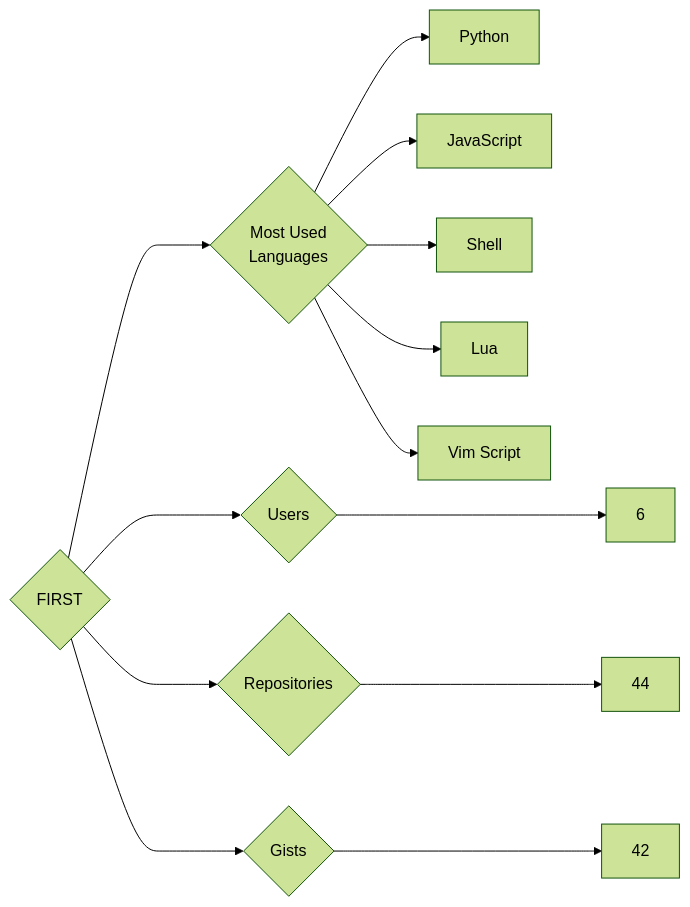
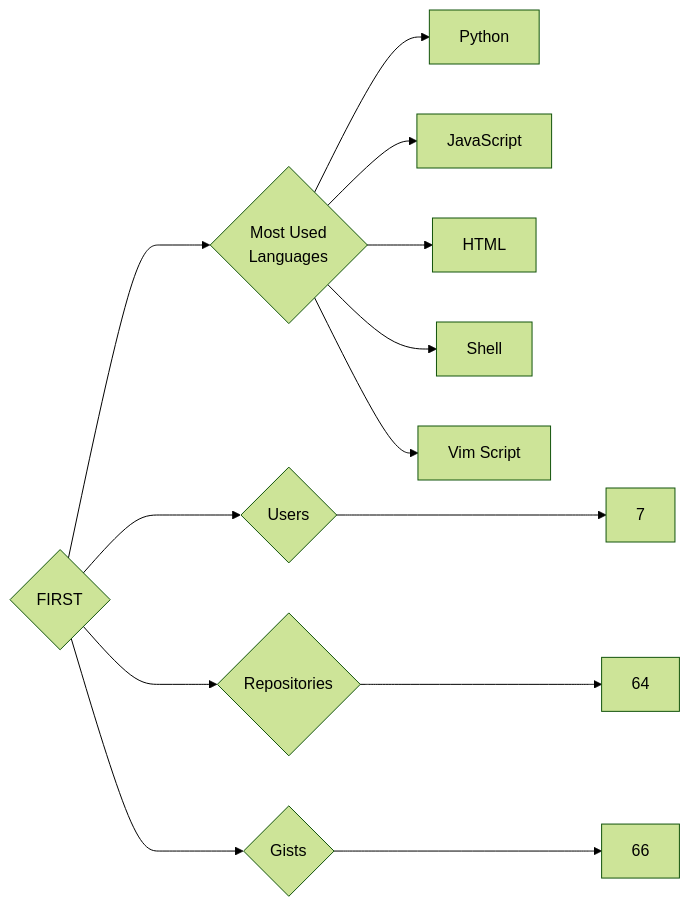
Before and after one commit to trickest/insiders: the diagram in targets/FIRST/README.md, drawn with Mermaid (forest theme). The commit also changed 1120 other files, not shown here.

````diff
--- a/targets/FIRST/README.md
+++ b/targets/FIRST/README.md
@@ -3,13 +3,13 @@
 ```mermaid
 graph LR
 COMPANY_NAME{FIRST}
-COMPANY_NAME ---> U{Users} ---> UN[6]
-COMPANY_NAME ---> R{Repositories} ---> RN[44]
-COMPANY_NAME ---> G{Gists} ---> GN[42]
+COMPANY_NAME ---> U{Users} ---> UN[7]
+COMPANY_NAME ---> R{Repositories} ---> RN[64]
+COMPANY_NAME ---> G{Gists} ---> GN[66]
 COMPANY_NAME ---> ML{Most Used<br>Languages}
 ML --> Python[Python]
 ML --> JavaScript[JavaScript]
+ML --> HTML[HTML]
 ML --> Shell[Shell]
-ML --> Lua[Lua]
 ML --> Vim_Script[Vim Script]
 ```
````
